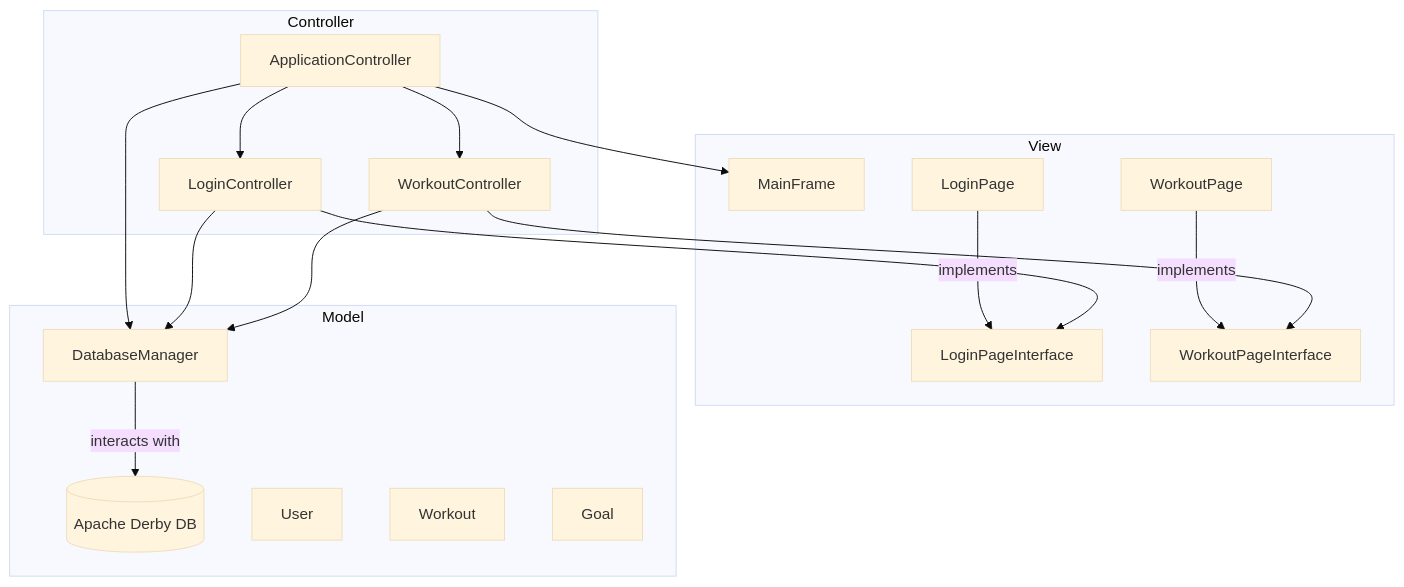
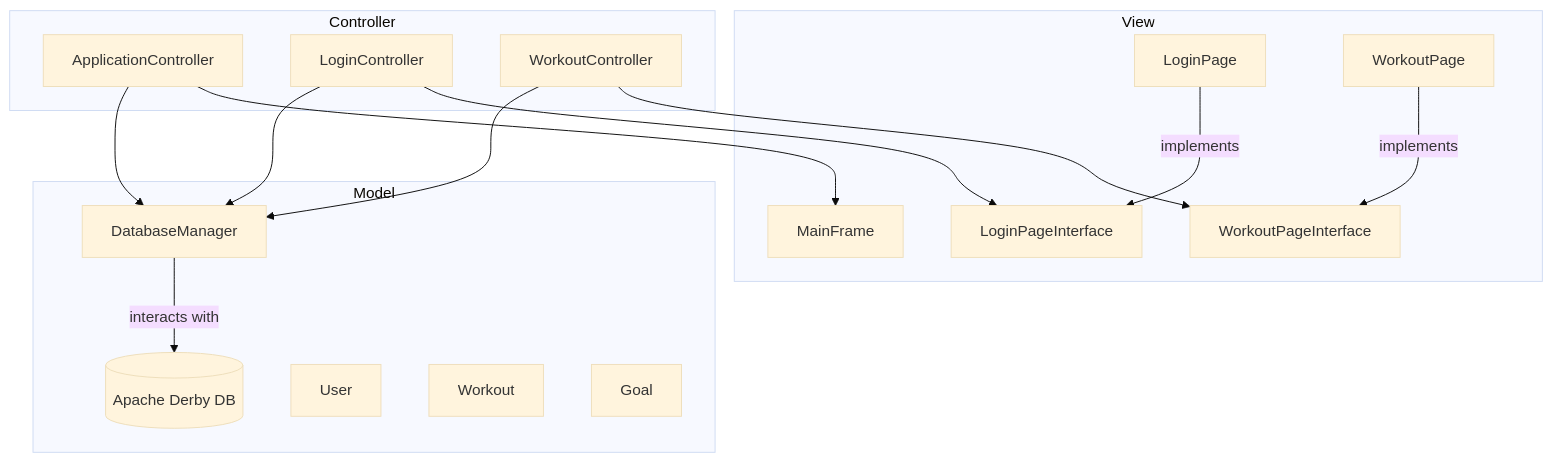
The diagram in README.md (ethangreeney/GymTracker), drawn with Mermaid (base theme) before and after one commit. The commit also changed other lines of this file, not shown here.

````diff
--- a/README.md
+++ b/README.md
@@ -65,32 +35,25 @@
 ```mermaid
 graph TD
     subgraph Controller
         ApplicationController
         LoginController
         WorkoutController
     end
 
     subgraph View
         MainFrame
         LoginPage -- implements --> LoginPageInterface
         WorkoutPage -- implements --> WorkoutPageInterface
     end
 
     subgraph Model
         DatabaseManager -- interacts with --> ApacheDerbyDB[(Apache Derby DB)]
         User
         Workout
         Goal
     end
 
-    ApplicationController --> MainFrame
-    ApplicationController --> DatabaseManager
-    ApplicationController --> LoginController
-    ApplicationController --> WorkoutController
-
-    LoginController --> LoginPageInterface
-    WorkoutController --> WorkoutPageInterface
-
-    LoginController --> DatabaseManager
-    WorkoutController --> DatabaseManager
+    ApplicationController --> MainFrame & DatabaseManager
+    LoginController --> LoginPageInterface & DatabaseManager
+    WorkoutController --> WorkoutPageInterface & DatabaseManager
 ```
````
